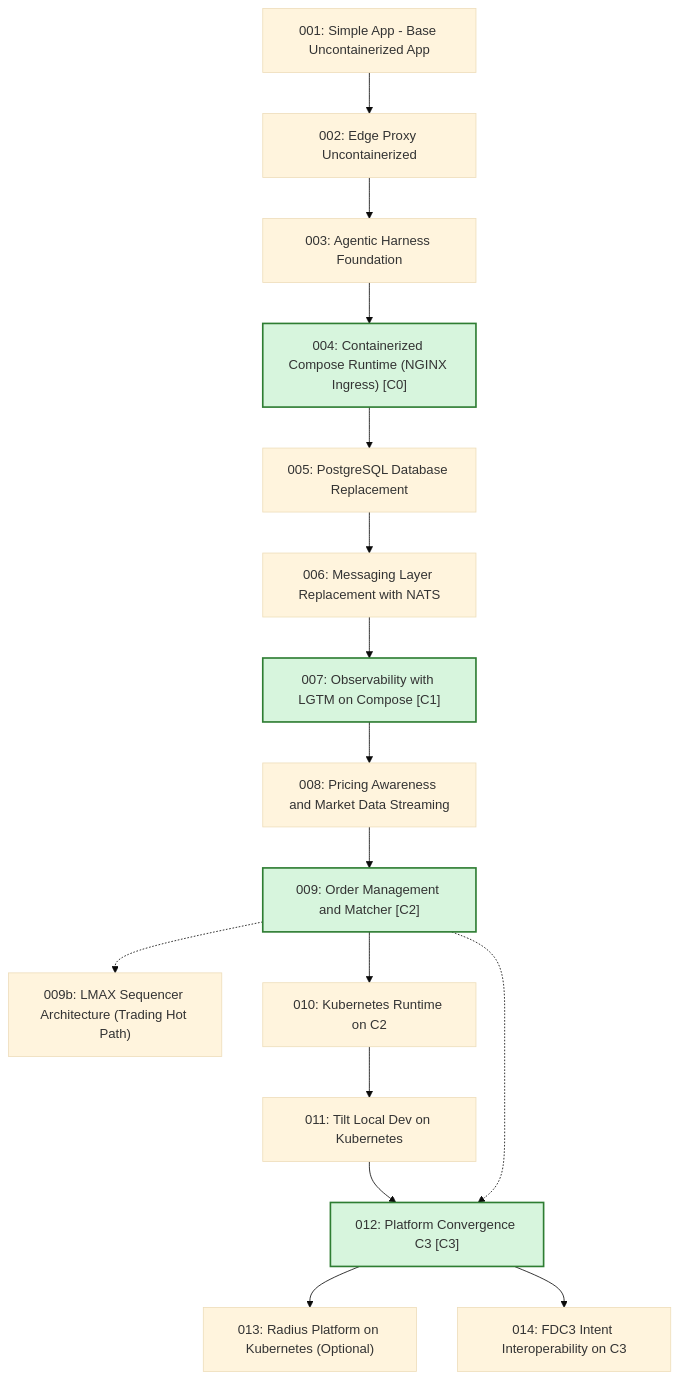
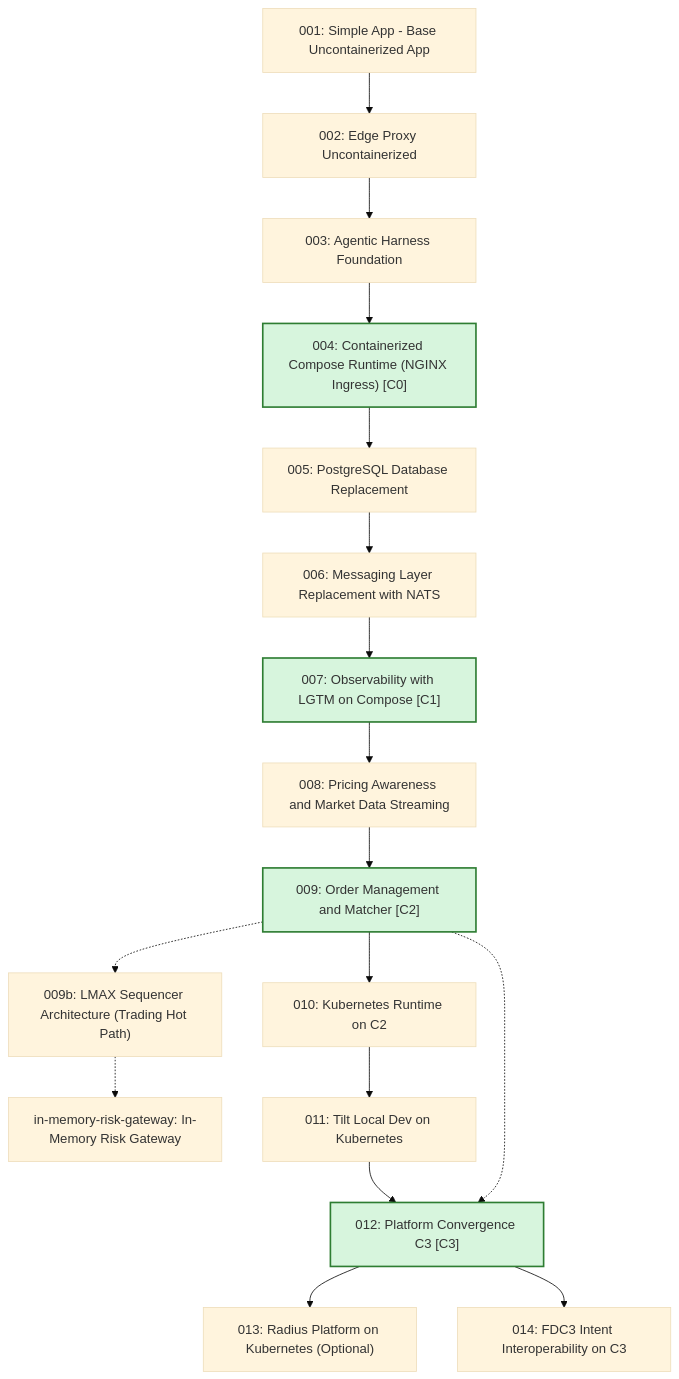
Before and after one commit to YU-CS-Summer-2026-Distributed-TraderX/traderX: the second of 3 diagrams in docs/learning-paths/index.md, drawn with Mermaid (base theme). The commit also changed other lines of this file and 108 other files, not shown here.

````diff
--- a/docs/learning-paths/index.md
+++ b/docs/learning-paths/index.md
@@ -36,53 +36,56 @@
 ```mermaid
 flowchart TB
   S001_baseline_uncontainerized_parity["001: Simple App - Base Uncontainerized App"]
   S002_edge_proxy_uncontainerized["002: Edge Proxy Uncontainerized"]
   S003_agentic_harness_foundation["003: Agentic Harness Foundation"]
   S004_containerized_compose_runtime["004: Containerized Compose Runtime (NGINX Ingress) [C0]"]
   S005_postgres_database_replacement["005: PostgreSQL Database Replacement"]
   S006_messaging_nats_replacement["006: Messaging Layer Replacement with NATS"]
   S007_observability_lgtm_compose["007: Observability with LGTM on Compose [C1]"]
   S008_pricing_awareness_market_data["008: Pricing Awareness and Market Data Streaming"]
   S009_order_management_matcher["009: Order Management and Matcher [C2]"]
   S009b_lmax_sequencer_architecture["009b: LMAX Sequencer Architecture (Trading Hot Path)"]
+  Sin_memory_risk_gateway["in-memory-risk-gateway: In-Memory Risk Gateway"]
   S010_kubernetes_runtime["010: Kubernetes Runtime on C2"]
   S011_tilt_kubernetes_dev_loop["011: Tilt Local Dev on Kubernetes"]
   S012_platform_convergence_c3["012: Platform Convergence C3 [C3]"]
   S013_radius_kubernetes_platform["013: Radius Platform on Kubernetes (Optional)"]
   S014_fdc3_intent_interoperability["014: FDC3 Intent Interoperability on C3"]
   S001_baseline_uncontainerized_parity --> S002_edge_proxy_uncontainerized
   S002_edge_proxy_uncontainerized --> S003_agentic_harness_foundation
   S003_agentic_harness_foundation --> S004_containerized_compose_runtime
   S004_containerized_compose_runtime --> S005_postgres_database_replacement
   S005_postgres_database_replacement --> S006_messaging_nats_replacement
   S006_messaging_nats_replacement --> S007_observability_lgtm_compose
   S007_observability_lgtm_compose --> S008_pricing_awareness_market_data
   S008_pricing_awareness_market_data --> S009_order_management_matcher
   S009_order_management_matcher -.-> S009b_lmax_sequencer_architecture
+  S009b_lmax_sequencer_architecture -.-> Sin_memory_risk_gateway
   S009_order_management_matcher --> S010_kubernetes_runtime
   S010_kubernetes_runtime --> S011_tilt_kubernetes_dev_loop
   S011_tilt_kubernetes_dev_loop --> S012_platform_convergence_c3
   S012_platform_convergence_c3 --> S013_radius_kubernetes_platform
   S012_platform_convergence_c3 --> S014_fdc3_intent_interoperability
   S009_order_management_matcher -.-> S012_platform_convergence_c3
   click S001_baseline_uncontainerized_parity href "/specs/baseline-uncontainerized-parity" "Open State 001 Spec Pack"
   click S002_edge_proxy_uncontainerized href "/specs/edge-proxy-uncontainerized" "Open State 002 Spec Pack"
   click S003_agentic_harness_foundation href "/specs/agentic-harness-foundation" "Open State 003 Spec Pack"
   click S004_containerized_compose_runtime href "/specs/containerized-compose-runtime" "Open State 004 Spec Pack"
   click S005_postgres_database_replacement href "/specs/postgres-database-replacement" "Open State 005 Spec Pack"
   click S006_messaging_nats_replacement href "/specs/messaging-nats-replacement" "Open State 006 Spec Pack"
   click S007_observability_lgtm_compose href "/specs/observability-lgtm-compose" "Open State 007 Spec Pack"
   click S008_pricing_awareness_market_data href "/specs/pricing-awareness-market-data" "Open State 008 Spec Pack"
   click S009_order_management_matcher href "/specs/order-management-matcher" "Open State 009 Spec Pack"
   click S009b_lmax_sequencer_architecture href "/specs/lmax-sequencer-architecture" "Open State 009b Spec Pack"
+  click Sin_memory_risk_gateway href "/specs/in-memory-risk-gateway" "Open State in-memory-risk-gateway Spec Pack"
   click S010_kubernetes_runtime href "/specs/kubernetes-runtime" "Open State 010 Spec Pack"
   click S011_tilt_kubernetes_dev_loop href "/specs/tilt-kubernetes-dev-loop" "Open State 011 Spec Pack"
   click S012_platform_convergence_c3 href "/specs/platform-convergence-c3" "Open State 012 Spec Pack"
   click S013_radius_kubernetes_platform href "/specs/radius-kubernetes-platform" "Open State 013 Spec Pack"
   click S014_fdc3_intent_interoperability href "/specs/fdc3-intent-interoperability" "Open State 014 Spec Pack"
   classDef convergence fill:#d7f5dd,stroke:#2e7d32,stroke-width:2px
   class S004_containerized_compose_runtime convergence
   class S007_observability_lgtm_compose convergence
   class S009_order_management_matcher convergence
   class S012_platform_convergence_c3 convergence
 ```
````
